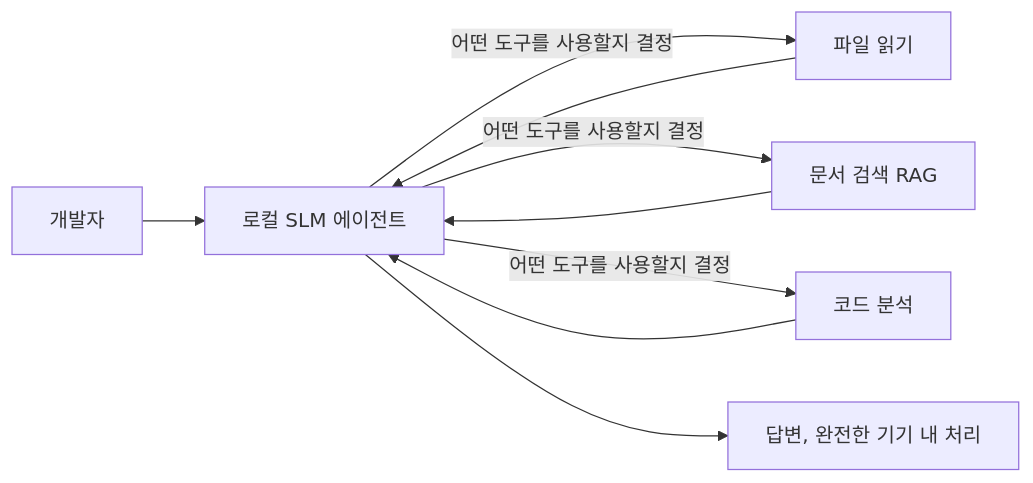
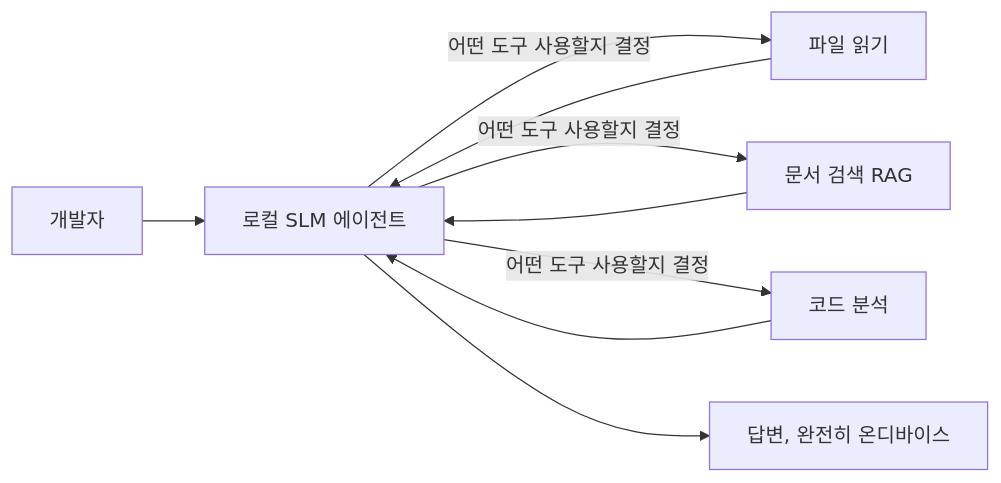
Before and after one commit to microsoft/ai-agents-for-beginners: the first of 4 diagrams in translations/ko/17-creating-local-ai-agents/README.md, drawn with Mermaid. The commit also changed other lines of this file and 46 other files, not shown here.

````diff
--- a/translations/ko/17-creating-local-ai-agents/README.md
+++ b/translations/ko/17-creating-local-ai-agents/README.md
@@ -66,11 +66,11 @@
 ```mermaid
 flowchart LR
     U[개발자] --> A[로컬 SLM 에이전트]
-    A -->|어떤 도구를 사용할지 결정| T1[파일 읽기]
-    A -->|어떤 도구를 사용할지 결정| T2[문서 검색 RAG]
-    A -->|어떤 도구를 사용할지 결정| T3[코드 분석]
+    A -->|어떤 도구 사용할지 결정| T1[파일 읽기]
+    A -->|어떤 도구 사용할지 결정| T2[문서 검색 RAG]
+    A -->|어떤 도구 사용할지 결정| T3[코드 분석]
     T1 --> A
     T2 --> A
     T3 --> A
-    A --> R[답변, 완전한 기기 내 처리]
+    A --> R[답변, 완전히 온디바이스]
 ```
````
